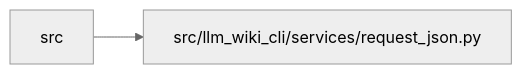
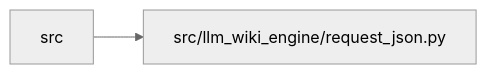
The diagram in docs/llm_wiki/modules/request_json.md (Denissvgn/python-wiki-llm), drawn with Mermaid (neutral theme) before and after one commit. The commit also changed other lines of this file and 1103 other files, not shown here.

First line of the commit message:
docs: refresh the wiki for the llm-wiki-engine distribution

````diff
--- a/docs/llm_wiki/modules/request_json.md
+++ b/docs/llm_wiki/modules/request_json.md
@@ -22,7 +22,7 @@
 ```mermaid
 flowchart LR
     n0["src"]
-    n1["src/llm_wiki_cli/services/request_json.py"]
+    n1["src/llm_wiki_engine/request_json.py"]
     n0 --> n1
     click n1 "../modules/request_json.md"
 ```
````
